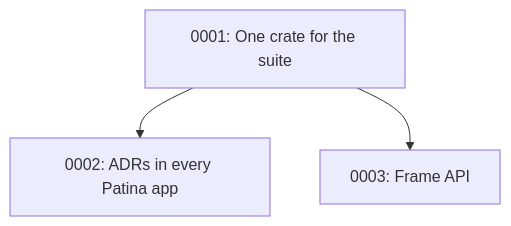
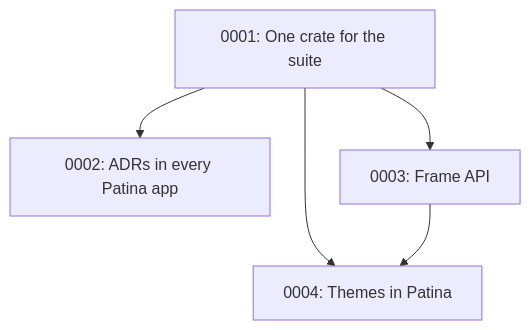
The diagram in docs/adr/README.md (Sector-F-Labs/patina), drawn with Mermaid before and after one commit. The commit also changed other lines of this file and 15 other files, not shown here.

````diff
--- a/docs/adr/README.md
+++ b/docs/adr/README.md
@@ -51,5 +52,7 @@
 ```mermaid
 flowchart TD
     A[0001: One crate for the suite] --> B[0002: ADRs in every Patina app]
     A --> C[0003: Frame API]
+    A --> D[0004: Themes in Patina]
+    C --> D
 ```
````
